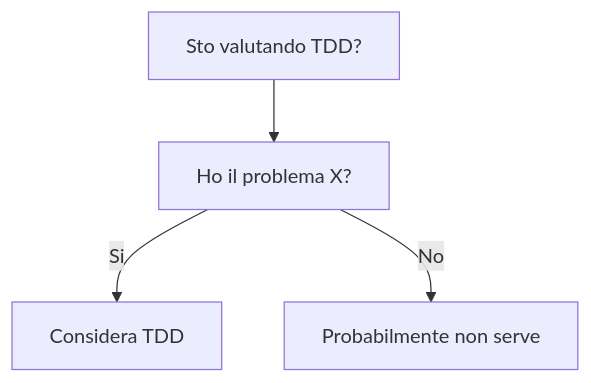
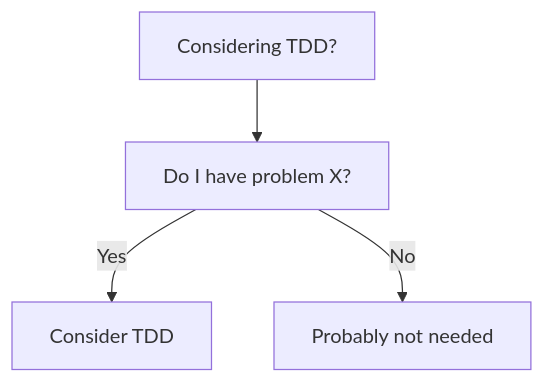
One commit to HxT9/Software-Dev-Wiki changed the diagram in dev-wiki/09_Testing/TDD/When_To_Use.md. Above: the diagram before and after it, drawn with Mermaid. The commit also changed other lines of this file and 3444 other files, not shown here.

````diff
--- a/dev-wiki/09_Testing/TDD/When_To_Use.md
+++ b/dev-wiki/09_Testing/TDD/When_To_Use.md
@@ -19,6 +19,6 @@
 ```mermaid
 flowchart TD
-  Q[Sto valutando TDD?] --> Q1[Ho il problema X?]
-  Q1 -->|Si| OK[Considera TDD]
-  Q1 -->|No| NO[Probabilmente non serve]
+  Q[Considering TDD?] --> Q1[Do I have problem X?]
+  Q1 -->|Yes| OK[Consider TDD]
+  Q1 -->|No| NO[Probably not needed]
 ```
````
